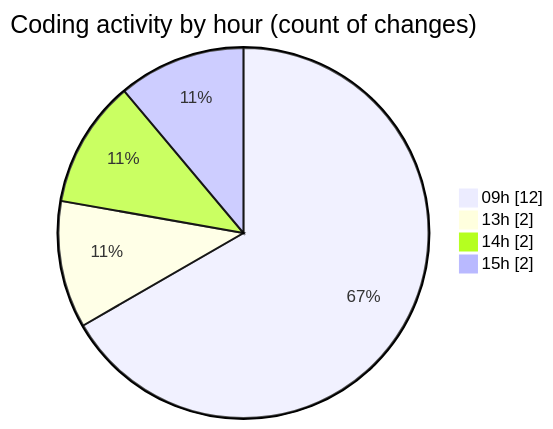
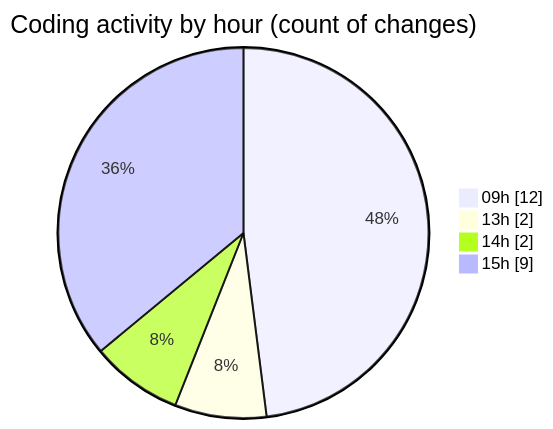
The second of 2 diagrams in 2026-11-04/cda/README.md (momahboobian/code-tracking), drawn with Mermaid before and after one commit. The commit also changed other lines of this file and 1 other file, not shown here.

````diff
--- a/2026-11-04/cda/README.md
+++ b/2026-11-04/cda/README.md
@@ -36,8 +40,8 @@
 ```mermaid
 pie showData
 title Coding activity by hour (count of changes)
 "09h" : 12
 "13h" : 2
 "14h" : 2
-"15h" : 2
+"15h" : 9
 ```
````
